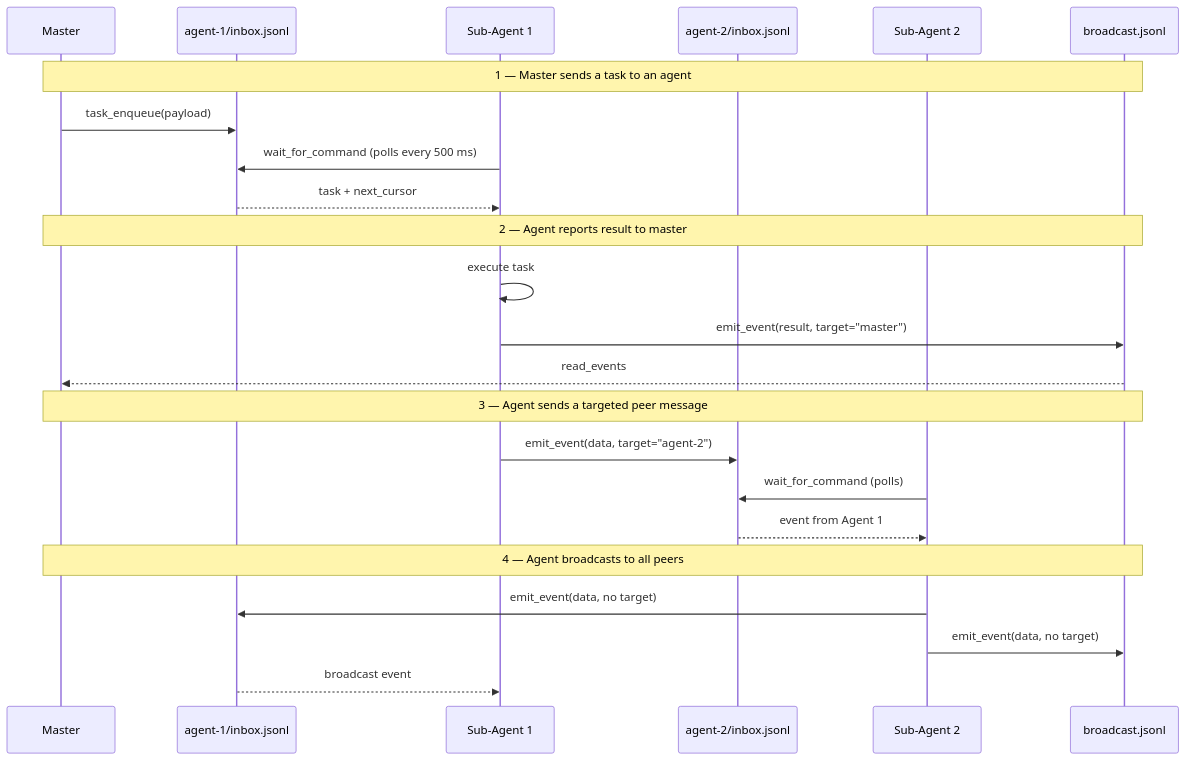
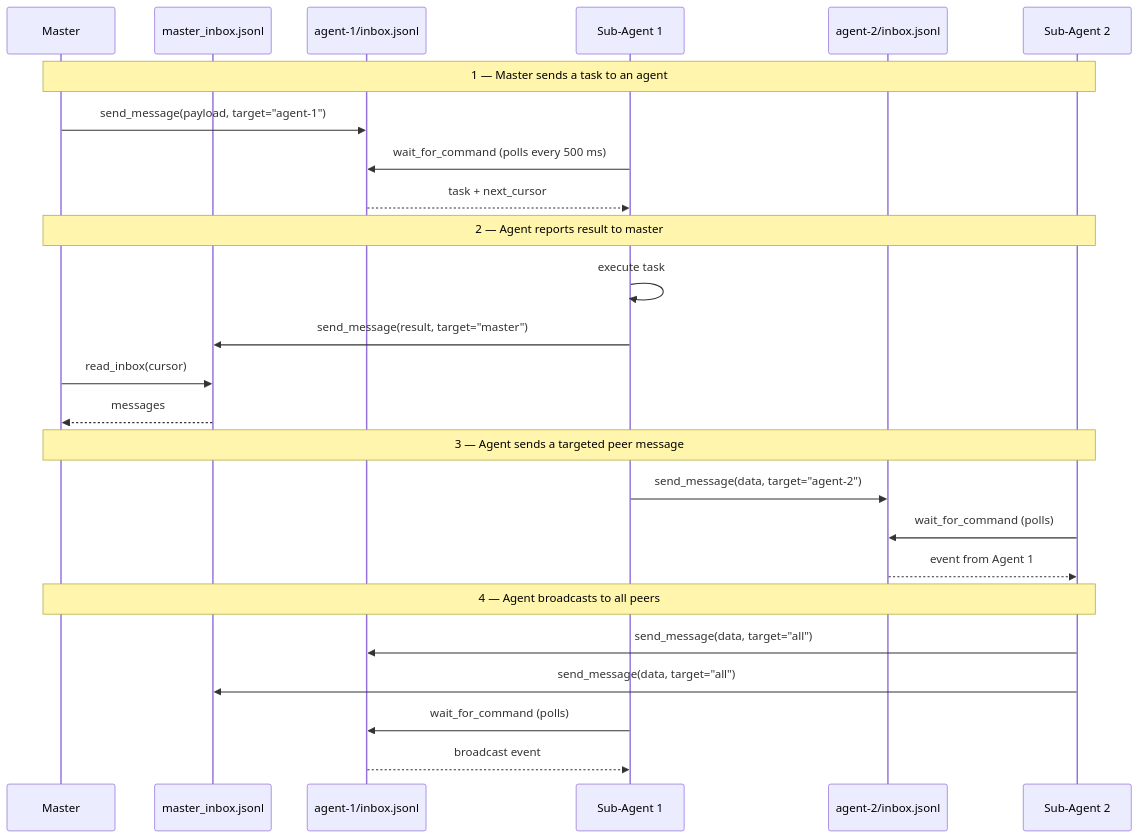
One commit to kkweon/agent-orchestrator-mcp changed the third of 3 diagrams in README.md. Above: the diagram before and after it, drawn with Mermaid. The commit also changed other lines of this file and 3 other files, not shown here.

First line of the commit message:
fix(mcp): clarify polling instructions in tool descriptions for Master agent (#4)

````diff
--- a/README.md
+++ b/README.md
@@ -87,29 +87,31 @@
 ```mermaid
 sequenceDiagram
     participant Master
+    participant MI as master_inbox.jsonl
     participant Inbox1 as agent-1/inbox.jsonl
     participant Agent1 as Sub-Agent 1
     participant Inbox2 as agent-2/inbox.jsonl
     participant Agent2 as Sub-Agent 2
-    participant BC as broadcast.jsonl
 
-    Note over Master,BC: 1 — Master sends a task to an agent
-    Master->>Inbox1: task_enqueue(payload)
+    Note over Master,Agent2: 1 — Master sends a task to an agent
+    Master->>Inbox1: send_message(payload, target="agent-1")
     Agent1->>Inbox1: wait_for_command (polls every 500 ms)
     Inbox1-->>Agent1: task + next_cursor
 
-    Note over Master,BC: 2 — Agent reports result to master
+    Note over Master,Agent2: 2 — Agent reports result to master
     Agent1->>Agent1: execute task
-    Agent1->>BC: emit_event(result, target="master")
-    BC-->>Master: read_events
+    Agent1->>MI: send_message(result, target="master")
+    Master->>MI: read_inbox(cursor)
+    MI-->>Master: messages
 
-    Note over Master,BC: 3 — Agent sends a targeted peer message
-    Agent1->>Inbox2: emit_event(data, target="agent-2")
+    Note over Master,Agent2: 3 — Agent sends a targeted peer message
+    Agent1->>Inbox2: send_message(data, target="agent-2")
     Agent2->>Inbox2: wait_for_command (polls)
     Inbox2-->>Agent2: event from Agent 1
 
-    Note over Master,BC: 4 — Agent broadcasts to all peers
-    Agent2->>Inbox1: emit_event(data, no target)
-    Agent2->>BC: emit_event(data, no target)
+    Note over Master,Agent2: 4 — Agent broadcasts to all peers
+    Agent2->>Inbox1: send_message(data, target="all")
+    Agent2->>MI: send_message(data, target="all")
+    Agent1->>Inbox1: wait_for_command (polls)
     Inbox1-->>Agent1: broadcast event
 ```
````
